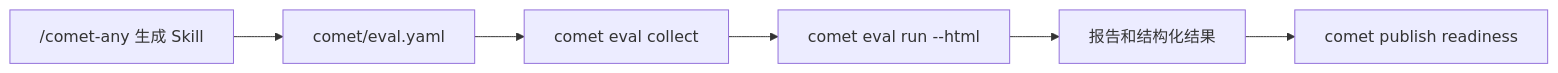
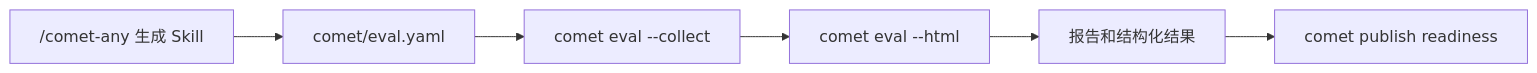
The diagram in zh/eval/overview.mdx (rpamis/comet-website-docs), drawn with Mermaid before and after one commit. The commit also changed other lines of this file and 23 other files, not shown here.

````diff
--- a/zh/eval/overview.mdx
+++ b/zh/eval/overview.mdx
@@ -35,8 +35,8 @@
 ```mermaid
 flowchart LR
   A["/comet-any 生成 Skill"] --> B["comet/eval.yaml"]
-  B --> C["comet eval collect"]
-  C --> D["comet eval run --html"]
+  B --> C["comet eval --collect"]
+  C --> D["comet eval --html"]
   D --> E["报告和结构化结果"]
   E --> F["comet publish readiness"]
 ```
````
